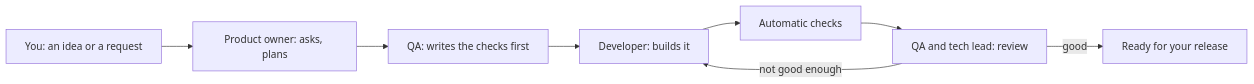
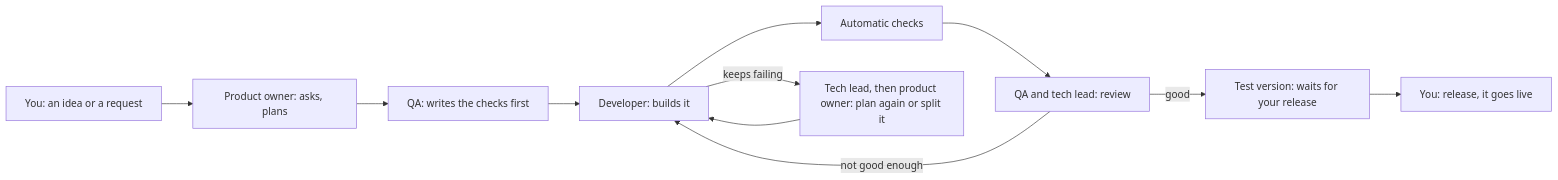
Before and after one commit to Tech-Expansion/agentic-software-factory: the diagram in README.md, drawn with Mermaid. The commit also changed other lines of this file and 6 other files, not shown here.

````diff
--- a/README.md
+++ b/README.md
@@ -46,10 +48,13 @@
 ```mermaid
 flowchart LR
   I[You: an idea or a request] --> P[Product owner: asks, plans]
   P --> T[QA: writes the checks first]
   T --> D[Developer: builds it]
   D --> C[Automatic checks]
   C --> Q[QA and tech lead: review]
   Q -->|not good enough| D
-  Q -->|good| R[Ready for your release]
+  D -->|keeps failing| E[Tech lead, then product owner: plan again or split it]
+  E --> D
+  Q -->|good| R[Test version: waits for your release]
+  R --> L[You: release, it goes live]
 ```
````
